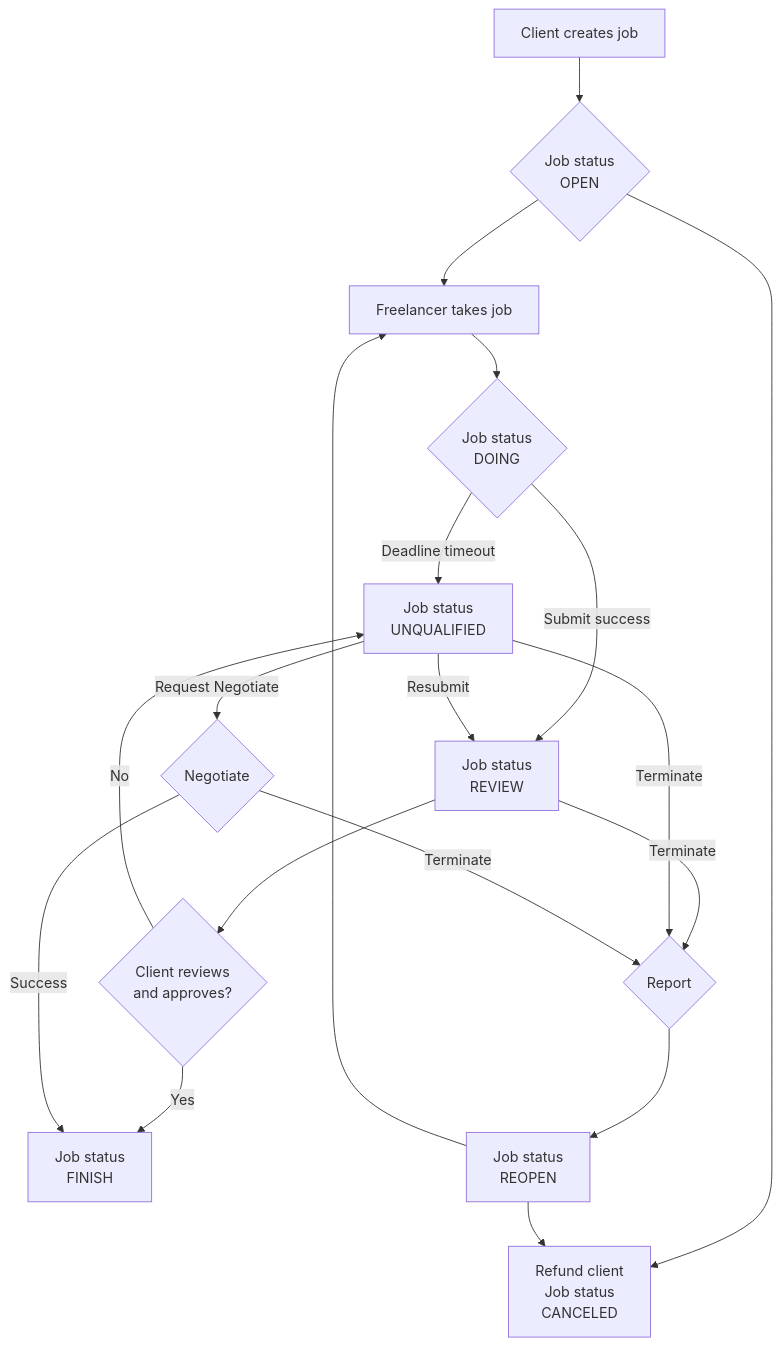
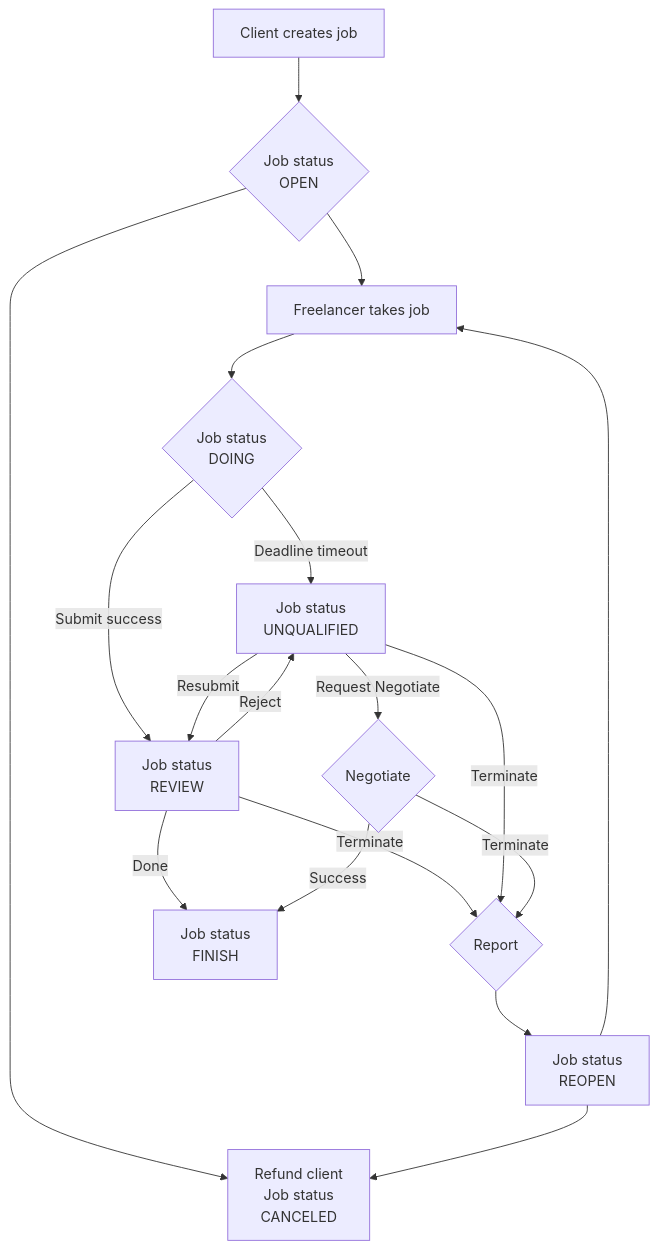
Before and after one commit to lamha79/freelankakot: the second of 2 diagrams in README.md, drawn with Mermaid. The commit also changed other lines of this file, not shown here.

````diff
--- a/README.md
+++ b/README.md
@@ -134,22 +139,21 @@
 ```mermaid
 flowchart TB
     A[Client creates job] --> B{Job status<br>OPEN}
     B --> C[Freelancer takes job]
     C --> D{Job status<br>DOING}
     D -- Deadline timeout --> H
     D -- Submit success --> E[Job status<br>REVIEW]
-    E --> F{Client reviews<br>and approves?}
     E -- Terminate --> K
-    F -- Yes --> G[Job status<br>FINISH]
-    F -- No --> H[Job status<br>UNQUALIFIED]
+    E -- Done --> G[Job status<br>FINISH]
+    E -- Reject --> H[Job status<br>UNQUALIFIED]
     H -- Resubmit --> E
     H -- Terminate --> K
     H -- Request Negotiate --> I{Negotiate} 
     I -- Success --> G
     I -- Terminate --> K{Report}
     B --> M[Refund client<br>Job status<br>CANCELED]
     J --> M[Refund client<br>Job status<br>CANCELED]
     J --> C
     K --> J[Job status<br>REOPEN] 
     
 ```
````
